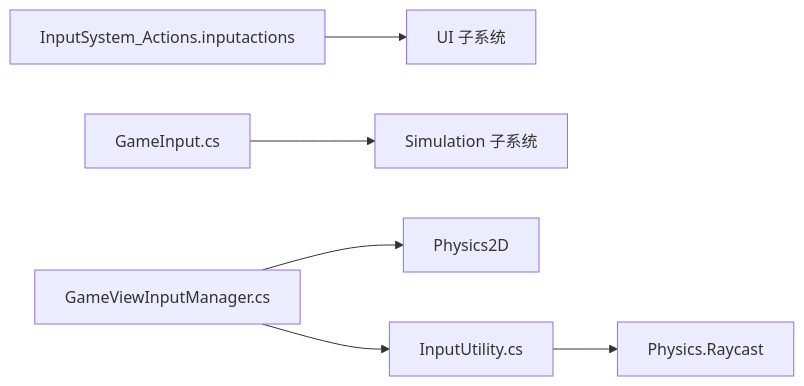
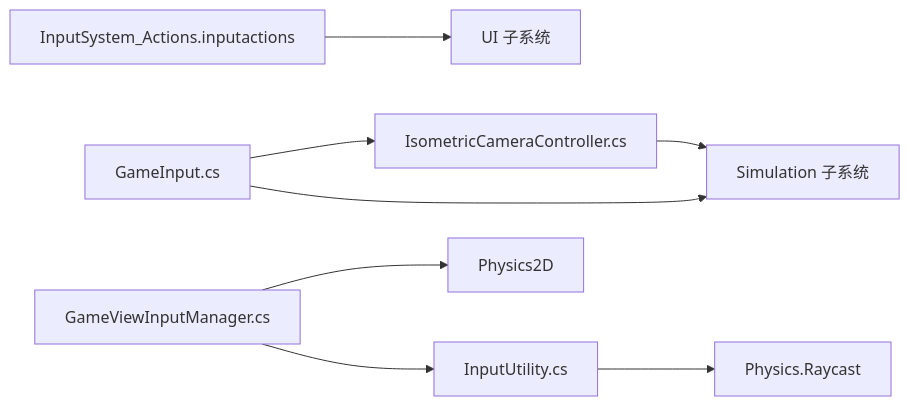
Before and after one commit to MOYVSH/SimulationClient: the eighth of 8 diagrams in .qoder/repowiki/zh/content/核心系统/游戏输入系统.md, drawn with Mermaid. The commit also changed other lines of this file and 61 other files, not shown here.

````diff
--- a/.qoder/repowiki/zh/content/核心系统/游戏输入系统.md
+++ b/.qoder/repowiki/zh/content/核心系统/游戏输入系统.md
@@ -251,8 +315,10 @@
 ```mermaid
 graph LR
 ISRes["InputSystem_Actions.inputactions"] --> UICons["UI 子系统"]
-ISCode["GameInput.cs"] --> Sim["Simulation 子系统"]
+ISCode["GameInput.cs"] --> ICC["IsometricCameraController.cs"]
+ISCode --> Sim["Simulation 子系统"]
+ICC --> Sim
 GM["GameViewInputManager.cs"] --> P2["Physics2D"]
 GM --> IU["InputUtility.cs"]
 IU --> Phys["Physics.Raycast"]
 ```
````
